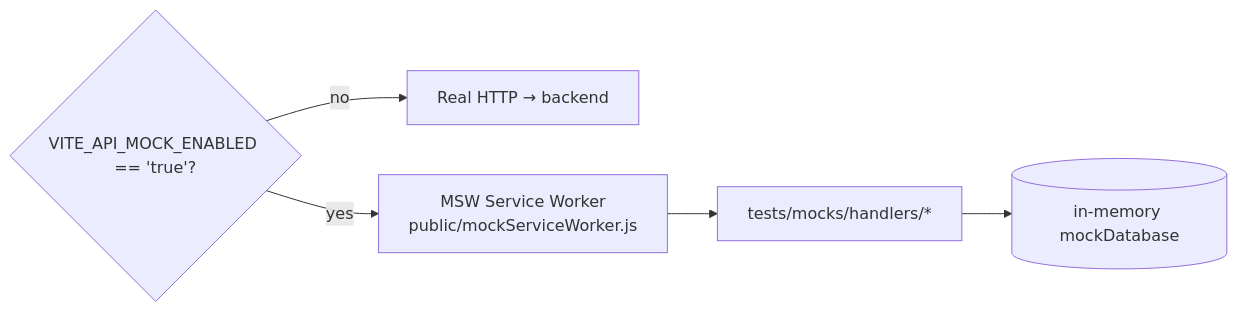
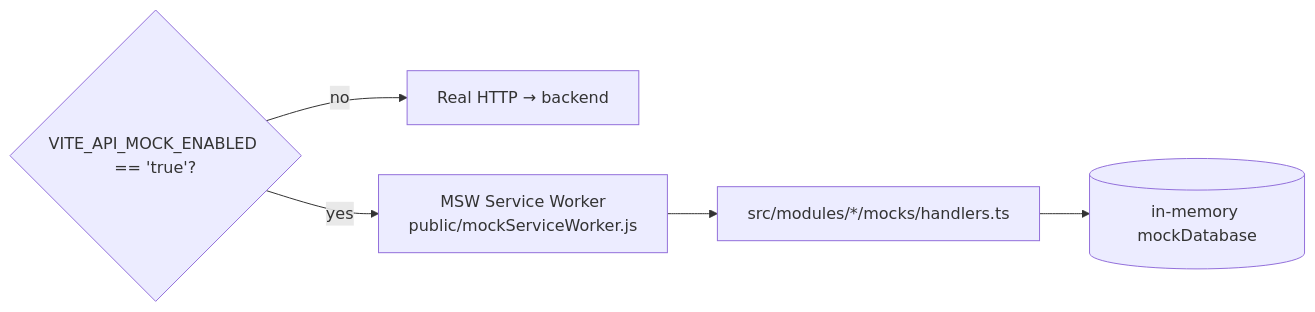
Before and after one commit to Guebbit/boilerplate-vue-frontend: the sixth of 6 diagrams in README.md, drawn with Mermaid. The commit also changed other lines of this file and 385 other files, not shown here.

First line of the commit message:
feat!: 2.0.0 — modular architecture, tiered substrate, contracts as backend output

````diff
--- a/README.md
+++ b/README.md
@@ -571,8 +595,8 @@
 ```mermaid
 flowchart LR
     Env{VITE_API_MOCK_ENABLED == 'true'?}
     Env -- no --> Real[Real HTTP → backend]
     Env -- yes --> Worker[MSW Service Worker<br/>public/mockServiceWorker.js]
-    Worker --> Handlers[tests/mocks/handlers/*]
+    Worker --> Handlers[src/modules/*/mocks/handlers.ts]
     Handlers --> DB[(in-memory mockDatabase)]
 ```
````
